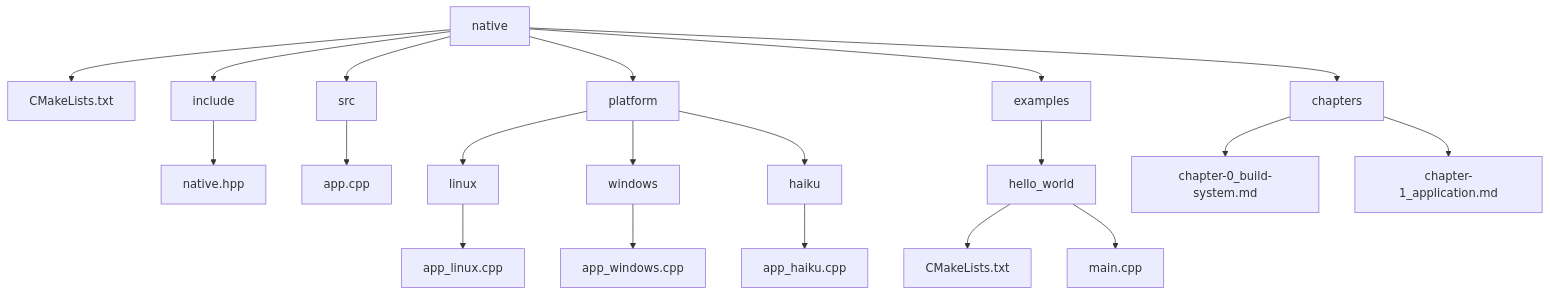
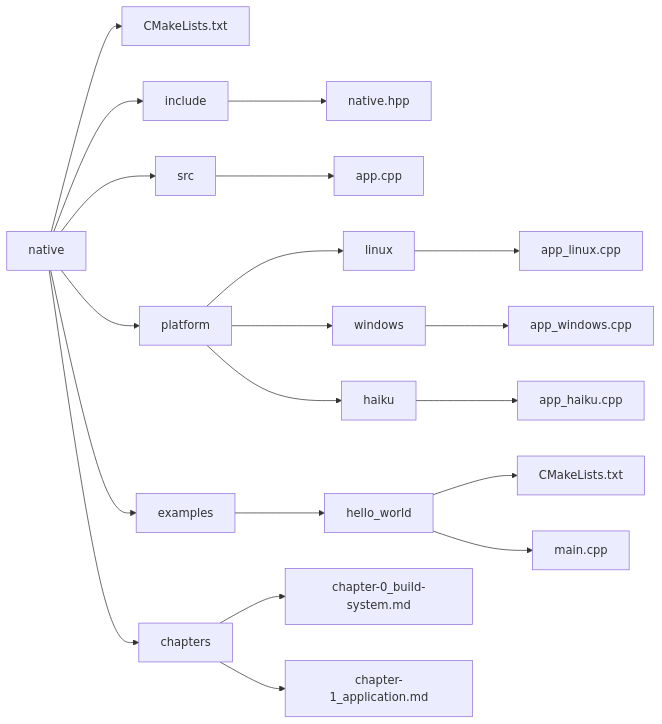
Before and after one commit to wischner/native: the diagram in docs/chapter-0_build-system.md, drawn with Mermaid.

Commit message:
Mermaid LR graph.

````diff
--- a/docs/chapter-0_build-system.md
+++ b/docs/chapter-0_build-system.md
@@ -27,23 +27,23 @@
 ```mermaid
-graph TB
+graph LR
     native
     native --> CMakeLists[CMakeLists.txt]
     native --> include
     include --> native_hpp[native.hpp]
     native --> src
     src --> app_cpp[app.cpp]
     native --> platform
     platform --> linux
     linux --> app_linux[app_linux.cpp]
     platform --> windows
     windows --> app_windows[app_windows.cpp]
     platform --> haiku
     haiku --> app_haiku[app_haiku.cpp]
     native --> examples
     examples --> hello_world
     hello_world --> example_cmake[CMakeLists.txt]
     hello_world --> example_main[main.cpp]
     native --> chapters
     chapters --> chapter0[chapter-0_build-system.md]
     chapters --> chapter1[chapter-1_application.md]
 ```
````
